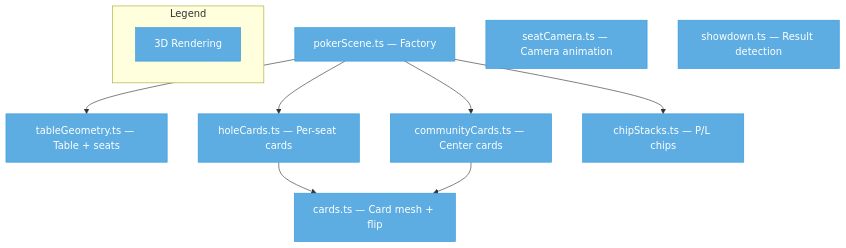
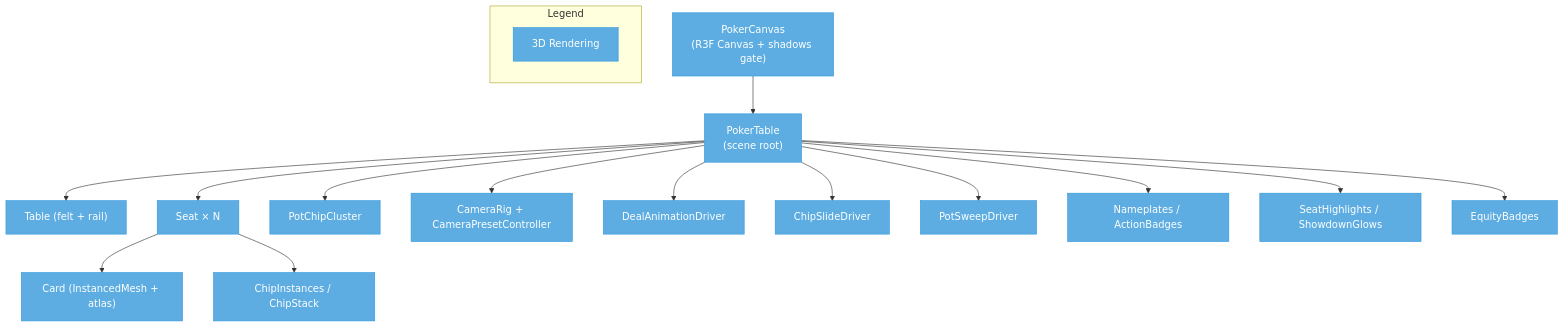
Before and after one commit to achung123/aia-core: the sixth of 6 diagrams in docs/frontend/architecture.md, drawn with Mermaid. The commit also changed other lines of this file and 224 other files, not shown here.

````diff
--- a/docs/frontend/architecture.md
+++ b/docs/frontend/architecture.md
@@ -499,25 +533,38 @@
 ```mermaid
 flowchart TD
-    PS["pokerScene.ts — Factory"]:::fe3d
-    TG["tableGeometry.ts — Table + seats"]:::fe3d
-    CD["cards.ts — Card mesh + flip"]:::fe3d
-    HC["holeCards.ts — Per-seat cards"]:::fe3d
-    CC["communityCards.ts — Center cards"]:::fe3d
-    CS["chipStacks.ts — P/L chips"]:::fe3d
-    SC["seatCamera.ts — Camera animation"]:::fe3d
-    SD["showdown.ts — Result detection"]:::fe3d
+    PC["PokerCanvas<br/>(R3F Canvas + shadows gate)"]:::fe3d
+    PT["PokerTable<br/>(scene root)"]:::fe3d
+    T["Table (felt + rail)"]:::fe3d
+    S["Seat × N"]:::fe3d
+    C["Card (InstancedMesh + atlas)"]:::fe3d
+    CI["ChipInstances / ChipStack"]:::fe3d
+    PCC["PotChipCluster"]:::fe3d
+    CR["CameraRig + CameraPresetController"]:::fe3d
+    DAD["DealAnimationDriver"]:::fe3d
+    CSD["ChipSlideDriver"]:::fe3d
+    PSD["PotSweepDriver"]:::fe3d
+    NP["Nameplates / ActionBadges"]:::fe3d
+    SH["SeatHighlights / ShowdownGlows"]:::fe3d
+    EB["EquityBadges"]:::fe3d
 
-    PS --> TG
-    PS --> HC
-    PS --> CC
-    PS --> CS
-    HC --> CD
-    CC --> CD
+    PC --> PT
+    PT --> T
+    PT --> S
+    S --> C
+    S --> CI
+    PT --> PCC
+    PT --> CR
+    PT --> DAD
+    PT --> CSD
+    PT --> PSD
+    PT --> NP
+    PT --> SH
+    PT --> EB
 
     classDef fe3d fill:#5DADE2,stroke:#3498DB,color:#FFFFFF
 
     subgraph Legend
         direction LR
         L1[3D Rendering]:::fe3d
     end
 ```
````
